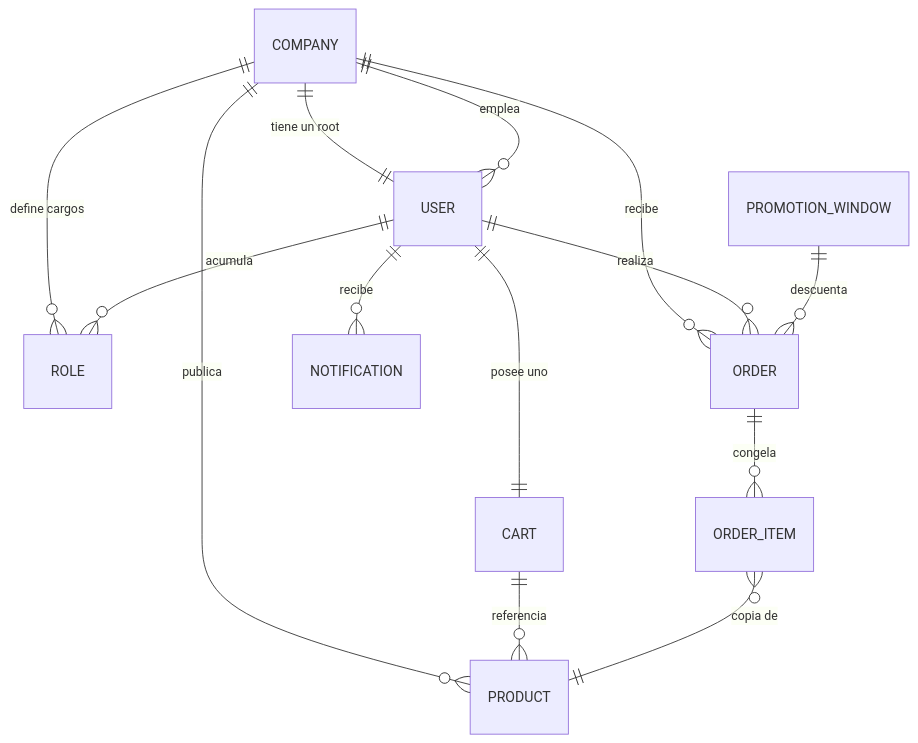
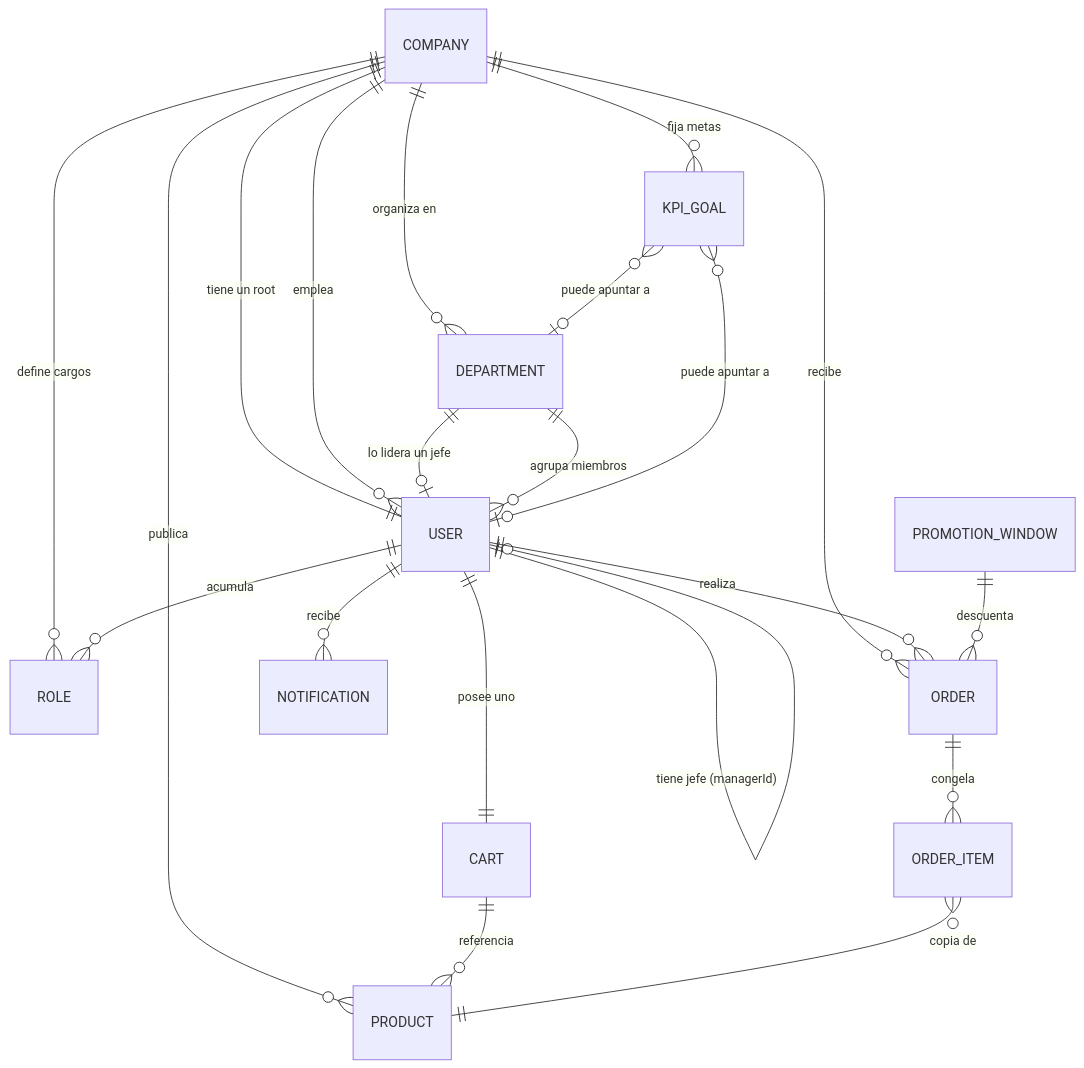
Before and after one commit to nikonikoni123/-ecommerce: the first of 9 diagrams in doc.md, drawn with Mermaid. The commit also changed other lines of this file and 39 other files, not shown here.

First line of the commit message:
Fase 5: administracion, departamentos, metas KPI y chat de equipo

````diff
--- a/doc.md
+++ b/doc.md
@@ -67,16 +71,23 @@
 ```mermaid
 erDiagram
     COMPANY ||--|| USER : "tiene un root"
     COMPANY ||--o{ USER : "emplea"
     COMPANY ||--o{ ROLE : "define cargos"
+    COMPANY ||--o{ DEPARTMENT : "organiza en"
     COMPANY ||--o{ PRODUCT : "publica"
     COMPANY ||--o{ ORDER : "recibe"
+    COMPANY ||--o{ KPI_GOAL : "fija metas"
     USER ||--o{ ROLE : "acumula"
+    DEPARTMENT ||--o| USER : "lo lidera un jefe"
+    DEPARTMENT ||--o{ USER : "agrupa miembros"
+    USER ||--o| USER : "tiene jefe (managerId)"
     USER ||--|| CART : "posee uno"
     USER ||--o{ ORDER : "realiza"
     USER ||--o{ NOTIFICATION : "recibe"
     CART ||--o{ PRODUCT : "referencia"
     ORDER ||--o{ ORDER_ITEM : "congela"
     ORDER_ITEM }o--|| PRODUCT : "copia de"
     PROMOTION_WINDOW ||--o{ ORDER : "descuenta"
+    KPI_GOAL }o--o| DEPARTMENT : "puede apuntar a"
+    KPI_GOAL }o--o| USER : "puede apuntar a"
 ```
````
